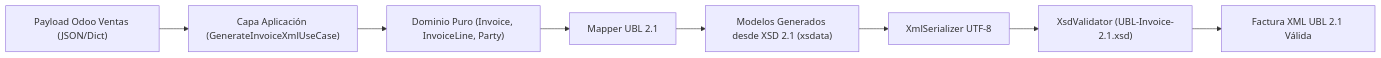
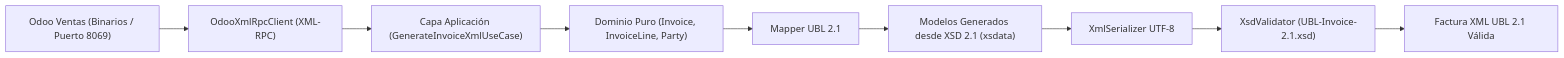
Before and after one commit to Zahir1332007/binario_odoo: the diagram in docs/descripcion_caso.md, drawn with Mermaid. The commit also changed other lines of this file and 14 other files, not shown here.

````diff
--- a/docs/descripcion_caso.md
+++ b/docs/descripcion_caso.md
@@ -36,10 +36,11 @@
 ```mermaid
 flowchart LR
-    ODOO["Payload Odoo Ventas (JSON/Dict)"] --> APP["Capa Aplicación (GenerateInvoiceXmlUseCase)"]
+    ODOO["Odoo Ventas (Binarios / Puerto 8069)"] --> RPC["OdooXmlRpcClient (XML-RPC)"]
+    RPC --> APP["Capa Aplicación (GenerateInvoiceXmlUseCase)"]
     APP --> DOM["Dominio Puro (Invoice, InvoiceLine, Party)"]
     DOM --> MAP["Mapper UBL 2.1"]
     MAP --> XSD_MODELS["Modelos Generados desde XSD 2.1 (xsdata)"]
     XSD_MODELS --> SER["XmlSerializer UTF-8"]
     SER --> VAL["XsdValidator (UBL-Invoice-2.1.xsd)"]
     VAL --> XML["Factura XML UBL 2.1 Válida"]
 ```
````
